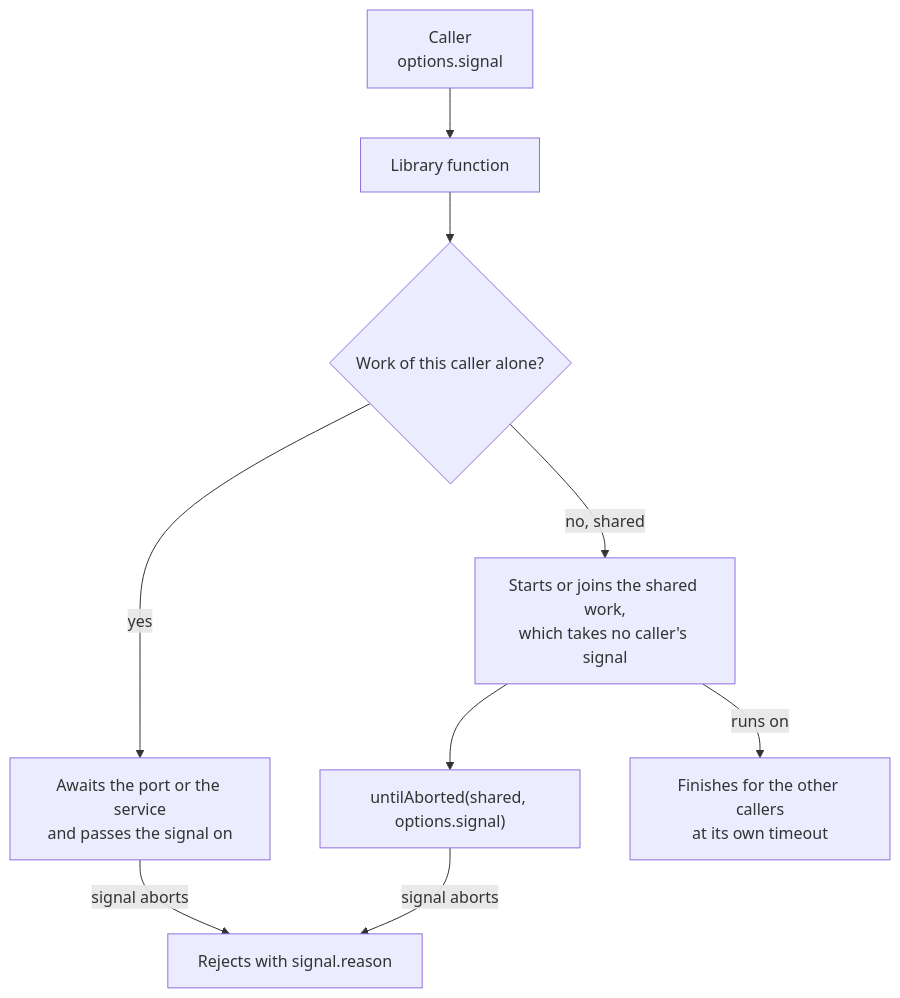
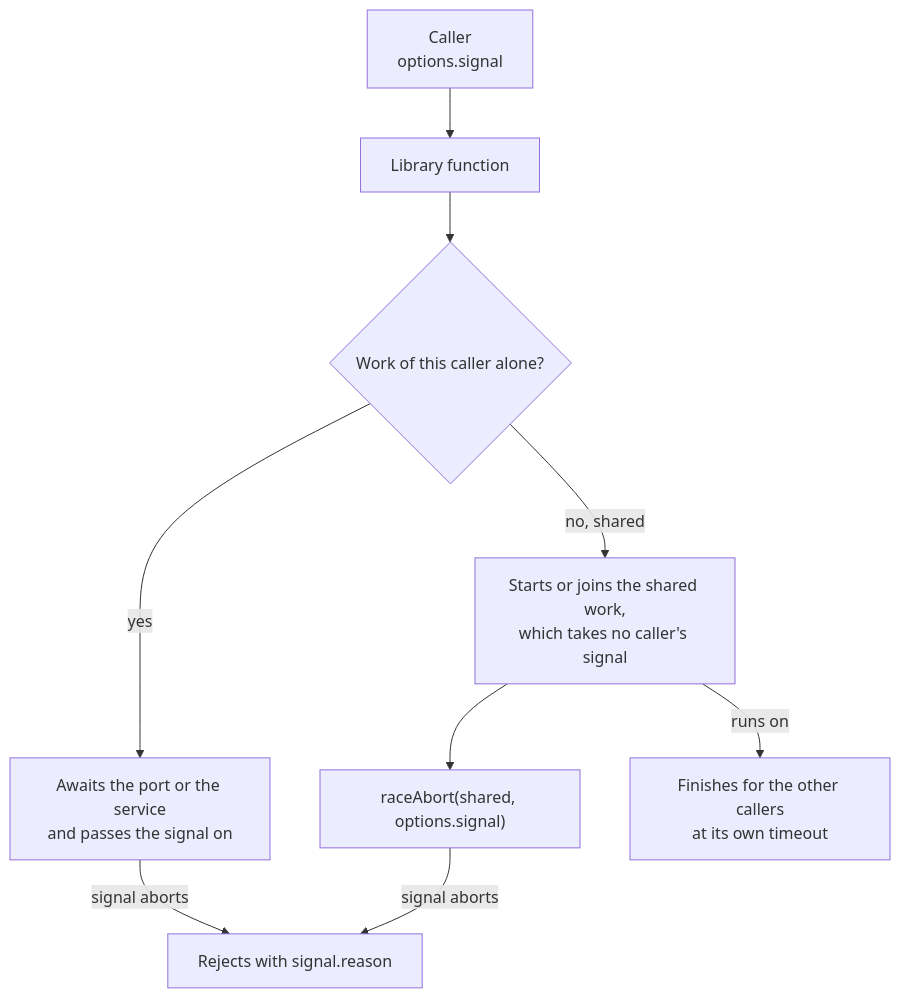
Before and after one commit to interopkit/interopkit: the diagram in docs/core/signals.md, drawn with Mermaid. The commit also changed other lines of this file and 368 other files, not shown here.

````diff
--- a/docs/core/signals.md
+++ b/docs/core/signals.md
@@ -6,11 +6,11 @@
 ```mermaid
 flowchart TD
   caller["Caller<br/>options.signal"] --> fn["Library function"]
   fn --> own{"Work of this caller alone?"}
   own -->|"yes"| port["Awaits the port or the service<br/>and passes the signal on"]
   own -->|"no, shared"| shared["Starts or joins the shared work,<br/>which takes no caller's signal"]
-  shared --> wait["untilAborted(shared, options.signal)"]
+  shared --> wait["raceAbort(shared, options.signal)"]
   port -->|"signal aborts"| reason["Rejects with signal.reason"]
   wait -->|"signal aborts"| reason
   shared -->|"runs on"| done["Finishes for the other callers<br/>at its own timeout"]
 ```
````
